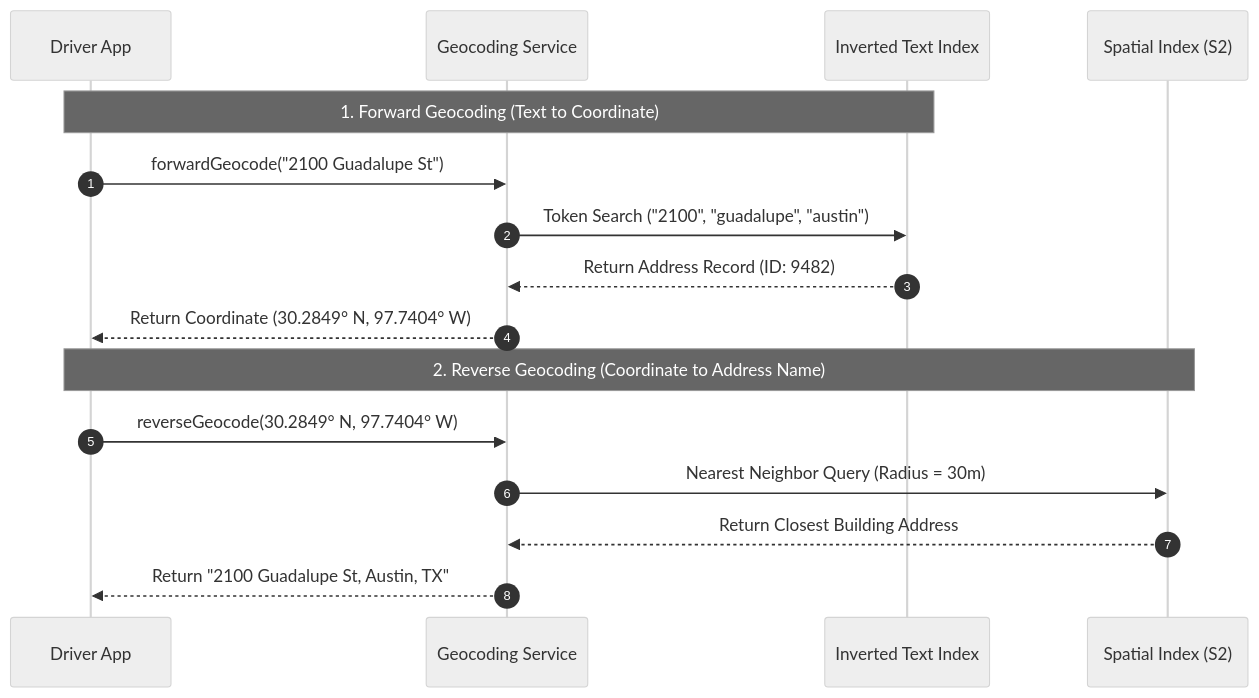
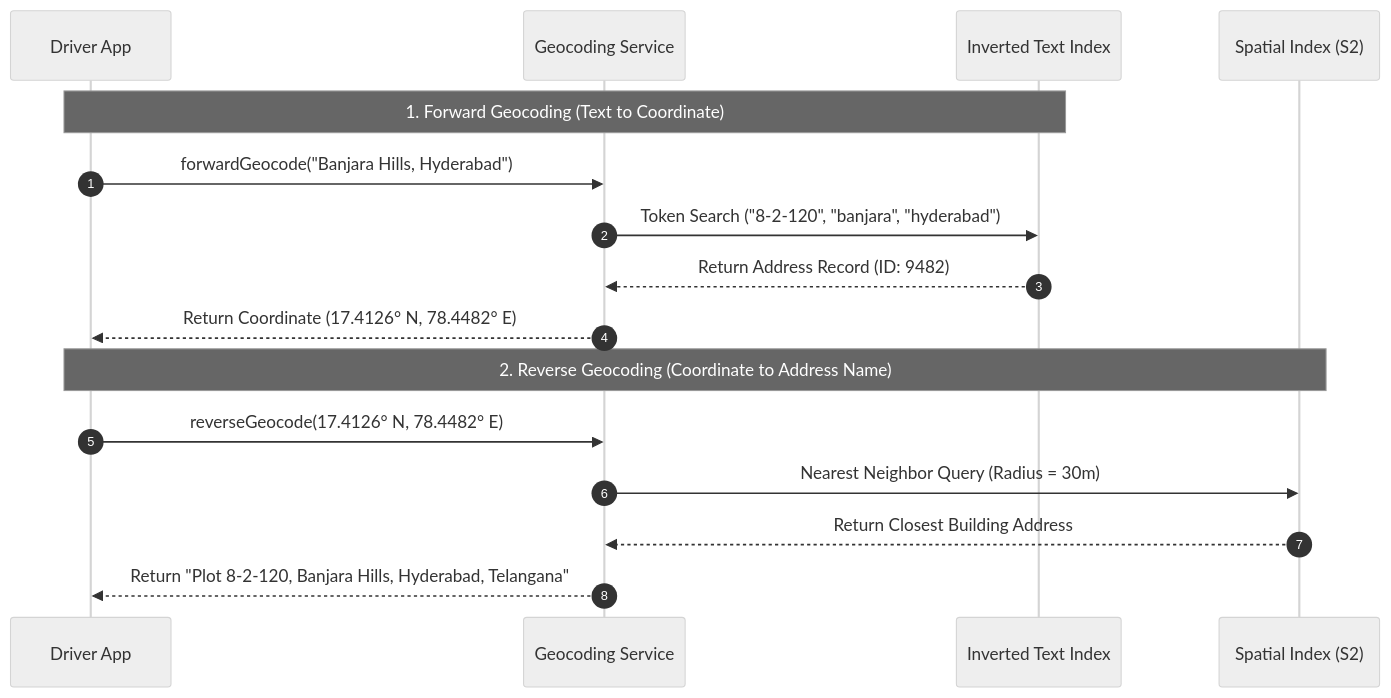
One commit to riyaz-pasha/Learnings changed the fourth of 20 diagrams in system-design/HLD/0-course/28-Design Google Maps-FAANG-Guide-story.md. Above: the diagram before and after it, drawn with Mermaid (neutral theme). The commit also changed other lines of this file, not shown here.

First line of the commit message:
[HLD] Localize Google Maps story guide to Hyderabad/Telangana

````diff
--- a/system-design/HLD/0-course/28-Design Google Maps-FAANG-Guide-story.md
+++ b/system-design/HLD/0-course/28-Design Google Maps-FAANG-Guide-story.md
@@ -267,20 +267,20 @@
 ```mermaid
 sequenceDiagram
     autonumber
     participant Client as Driver App
     participant Geo as Geocoding Service
     participant TextIdx as Inverted Text Index
     participant SpatialIdx as Spatial Index (S2)
 
     Note over Client, TextIdx: 1. Forward Geocoding (Text to Coordinate)
-    Client->>Geo: forwardGeocode("2100 Guadalupe St")
-    Geo->>TextIdx: Token Search ("2100", "guadalupe", "austin")
+    Client->>Geo: forwardGeocode("Banjara Hills, Hyderabad")
+    Geo->>TextIdx: Token Search ("8-2-120", "banjara", "hyderabad")
     TextIdx-->>Geo: Return Address Record (ID: 9482)
-    Geo-->>Client: Return Coordinate (30.2849° N, 97.7404° W)
+    Geo-->>Client: Return Coordinate (17.4126° N, 78.4482° E)
 
     Note over Client, SpatialIdx: 2. Reverse Geocoding (Coordinate to Address Name)
-    Client->>Geo: reverseGeocode(30.2849° N, 97.7404° W)
+    Client->>Geo: reverseGeocode(17.4126° N, 78.4482° E)
     Geo->>SpatialIdx: Nearest Neighbor Query (Radius = 30m)
     SpatialIdx-->>Geo: Return Closest Building Address
-    Geo-->>Client: Return "2100 Guadalupe St, Austin, TX"
+    Geo-->>Client: Return "Plot 8-2-120, Banjara Hills, Hyderabad, Telangana"
 ```
````
